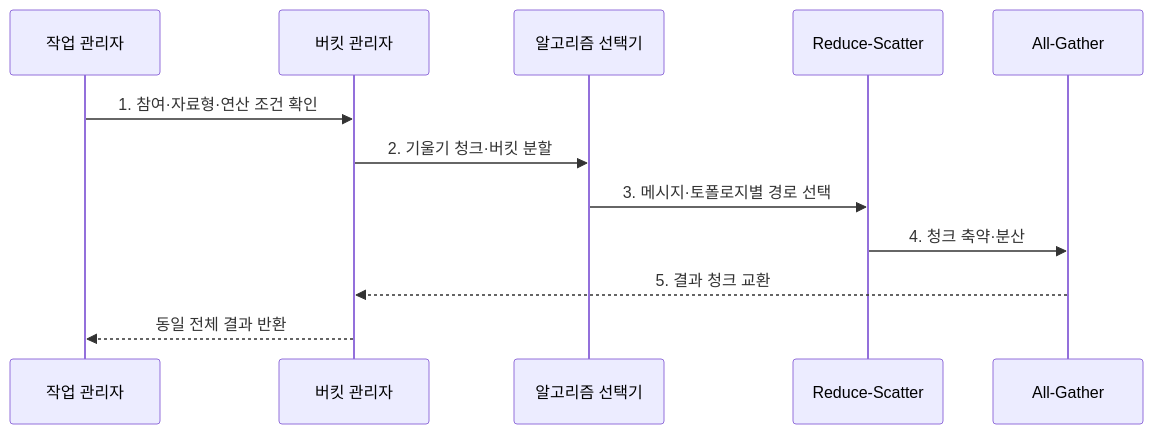
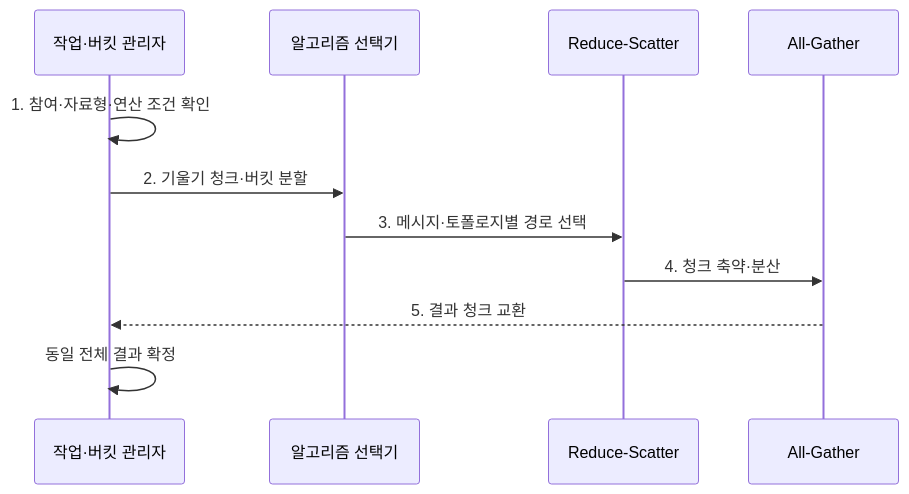
Before and after one commit to agnusdei1207/knowledge-base: the second of 2 diagrams in src/content/docs/notes/08-latest-tech/153_all_reduce.md, drawn with Mermaid. The commit also changed 9 other files, not shown here.

Commit message:
Simplify distributed platform flows

````diff
--- a/src/content/docs/notes/08-latest-tech/153_all_reduce.md
+++ b/src/content/docs/notes/08-latest-tech/153_all_reduce.md
@@ -104,14 +104,13 @@
 ```mermaid
 sequenceDiagram
-    participant O as 작업 관리자
-    participant B as 버킷 관리자
+    participant B as 작업·버킷 관리자
     participant A as 알고리즘 선택기
     participant R as Reduce-Scatter
     participant G as All-Gather
-    O->>B: 1. 참여·자료형·연산 조건 확인
+    B->>B: 1. 참여·자료형·연산 조건 확인
     B->>A: 2. 기울기 청크·버킷 분할
     A->>R: 3. 메시지·토폴로지별 경로 선택
     R->>G: 4. 청크 축약·분산
     G-->>B: 5. 결과 청크 교환
-    B-->>O: 동일 전체 결과 반환
+    B->>B: 동일 전체 결과 확정
 ```
````
